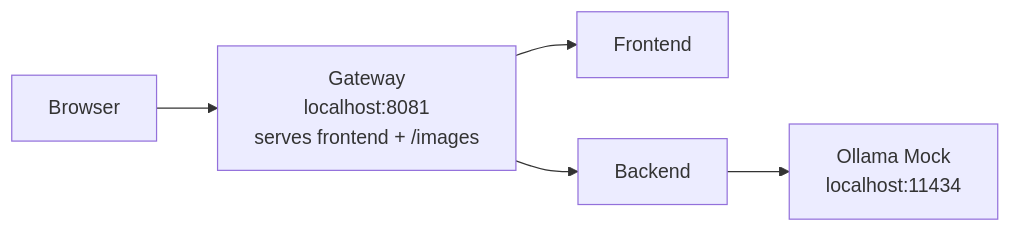
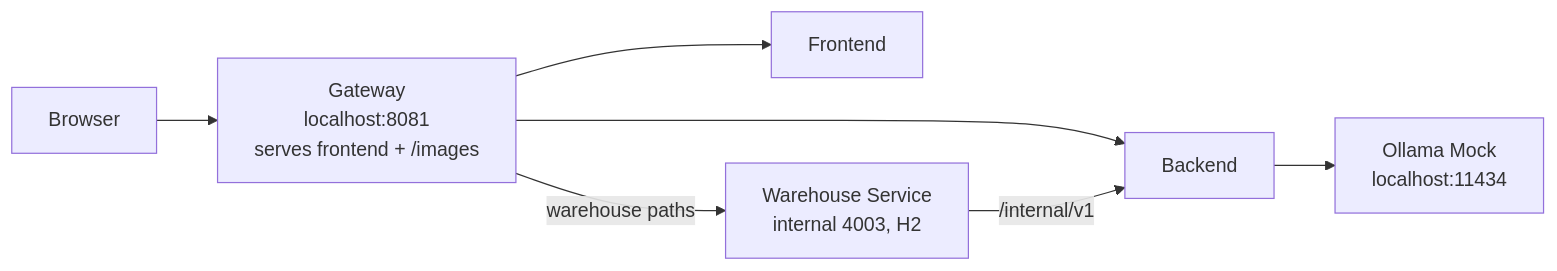
The first of 3 diagrams in README.md (slawekradzyminski/awesome-localstack), drawn with Mermaid before and after one commit. The commit also changed other lines of this file and 39 other files, not shown here.

First line of the commit message:
Add warehouse-service and commerce wave 2 to the stack (#71)

````diff
--- a/README.md
+++ b/README.md
@@ -84,13 +91,16 @@
 ```mermaid
 flowchart LR
     U[Browser]
     G[Gateway<br/>localhost:8081<br/>serves frontend + /images]
     F[Frontend]
     B[Backend]
+    W[Warehouse Service<br/>internal 4003, H2]
     O[Ollama Mock<br/>localhost:11434]
 
     U --> G
     G --> F
     G --> B
+    G -->|warehouse paths| W
+    W -->|/internal/v1| B
     B --> O
 ```
````
